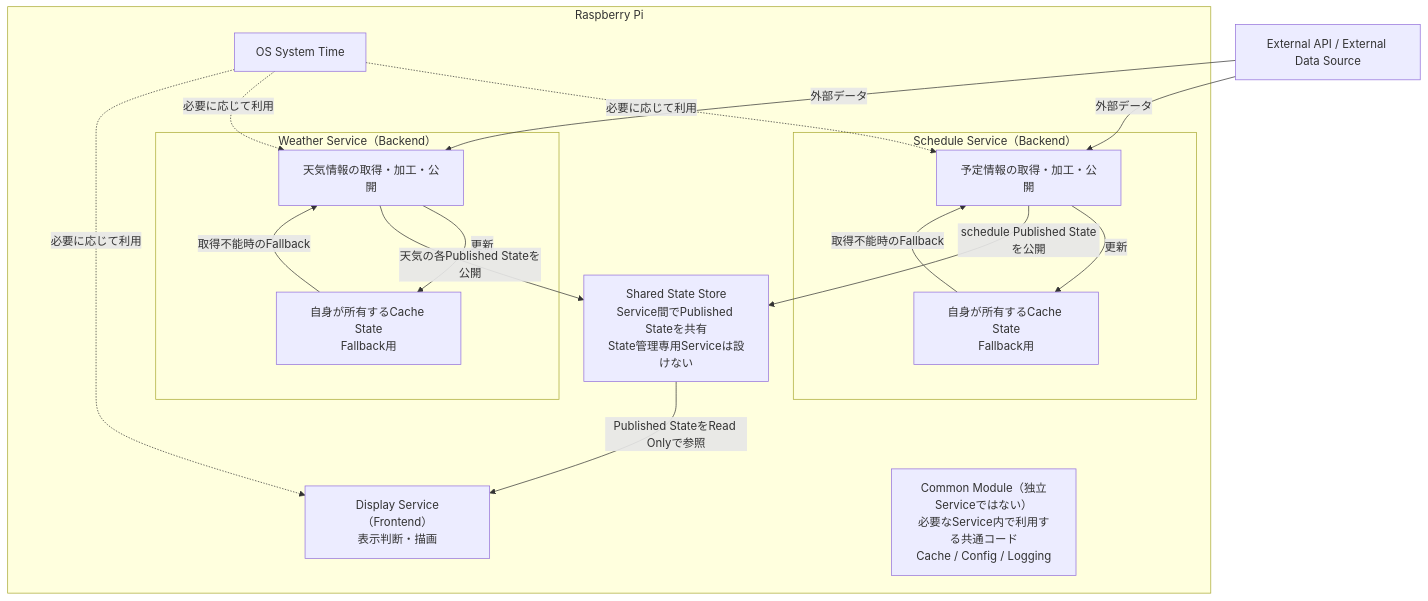
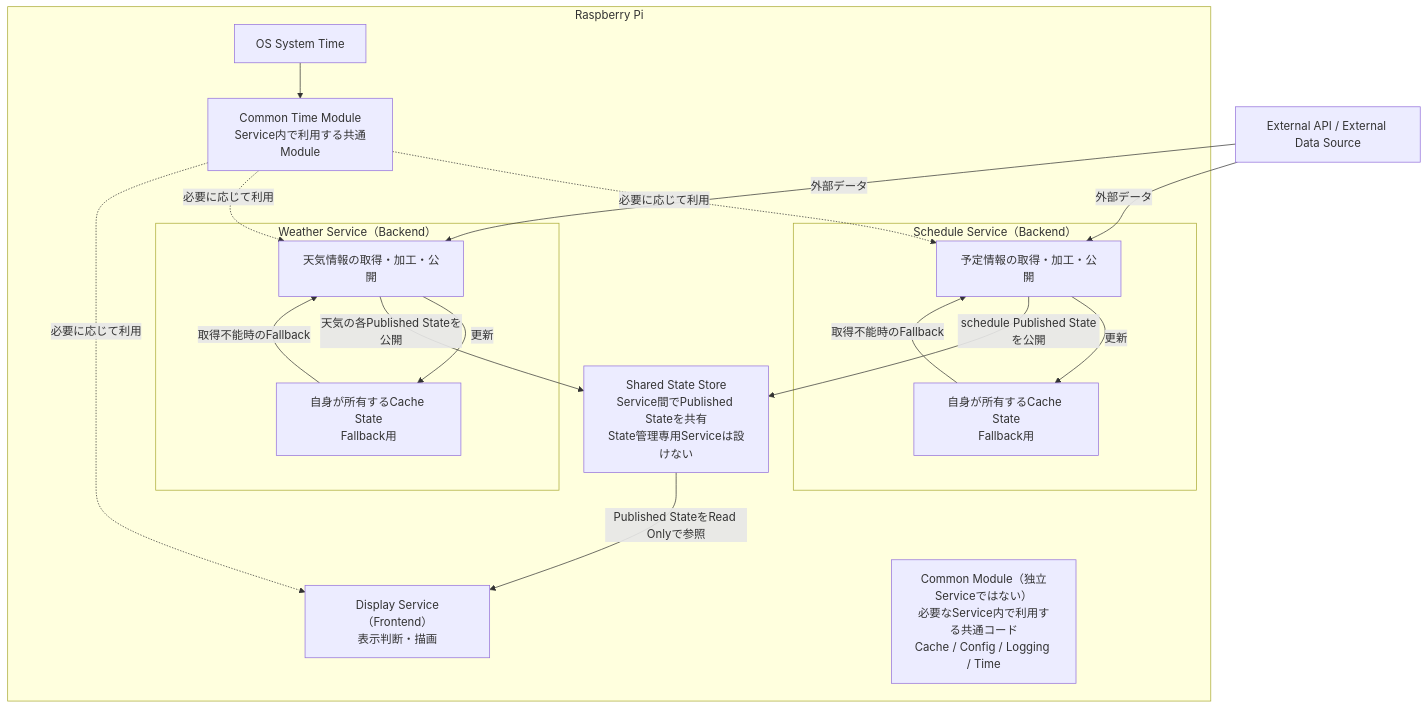
One commit to rinYamano211/home-digital-signage changed the third of 3 diagrams in docs/architecture.md. Above: the diagram before and after it, drawn with Mermaid. The commit also changed other lines of this file and 1 other file, not shown here.

````diff
--- a/docs/architecture.md
+++ b/docs/architecture.md
@@ -406,30 +412,32 @@
 ```mermaid
 flowchart TB
     external["External API / External Data Source"]
     subgraph pi["Raspberry Pi"]
         subgraph schedule["Schedule Service（Backend）"]
             scheduleData["予定情報の取得・加工・公開"]
             scheduleCache["自身が所有するCache State<br/>Fallback用"]
             scheduleData -->|更新| scheduleCache
             scheduleCache -->|取得不能時のFallback| scheduleData
         end
         subgraph weather["Weather Service（Backend）"]
             weatherData["天気情報の取得・加工・公開"]
             weatherCache["自身が所有するCache State<br/>Fallback用"]
             weatherData -->|更新| weatherCache
             weatherCache -->|取得不能時のFallback| weatherData
         end
         store["Shared State Store<br/>Service間でPublished Stateを共有<br/>State管理専用Serviceは設けない"]
         display["Display Service（Frontend）<br/>表示判断・描画"]
-        time["OS System Time"]
-        common["Common Module（独立Serviceではない）<br/>必要なService内で利用する共通コード<br/>Cache / Config / Logging"]
+        osTime["OS System Time"]
+        time["Common Time Module<br/>Service内で利用する共通Module"]
+        osTime --> time
+        common["Common Module（独立Serviceではない）<br/>必要なService内で利用する共通コード<br/>Cache / Config / Logging / Time"]
         scheduleData -->|schedule Published Stateを公開| store
         weatherData -->|天気の各Published Stateを公開| store
         store -->|Published StateをRead Onlyで参照| display
         time -. 必要に応じて利用 .-> scheduleData
         time -. 必要に応じて利用 .-> weatherData
         time -. 必要に応じて利用 .-> display
     end
     external -->|外部データ| scheduleData
     external -->|外部データ| weatherData
 ```
````
